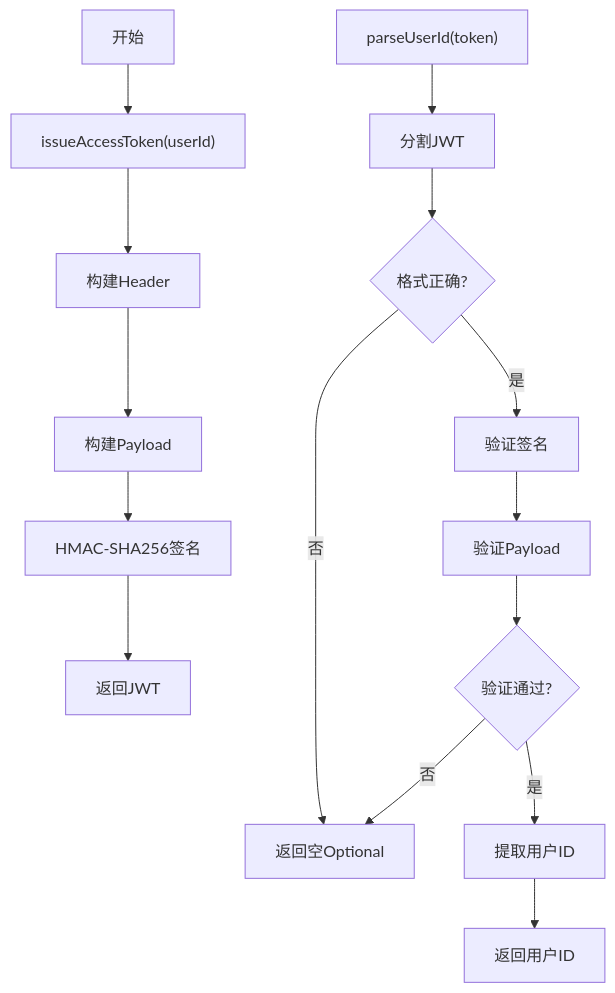
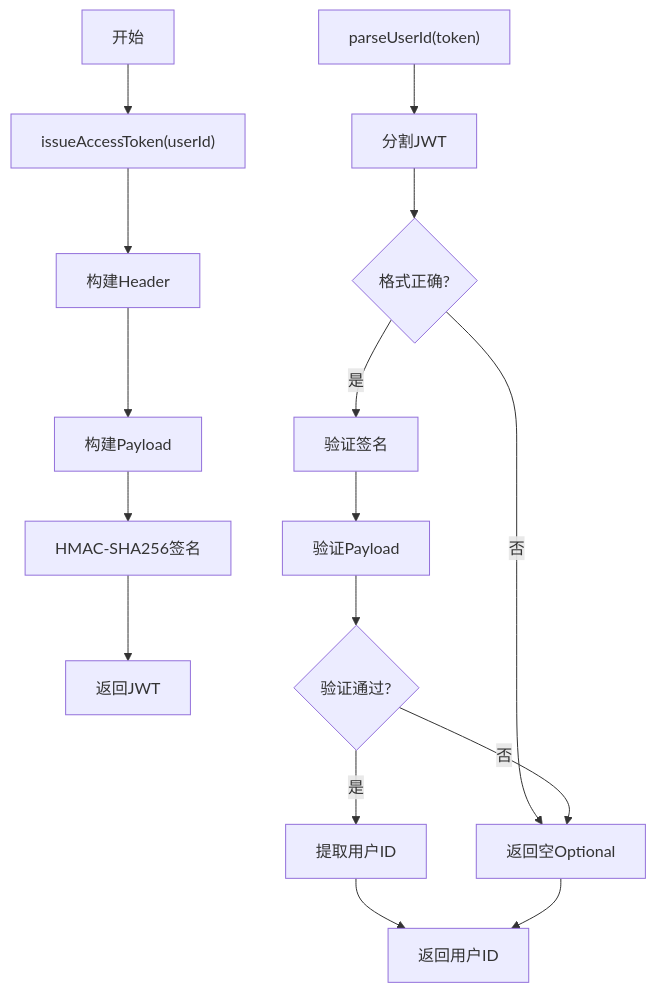
One commit to Jayden23018/blind-run-ios changed the ninth of 11 diagrams in .qoder/repowiki/zh/content/核心功能模块/认证系统.md. Above: the diagram before and after it, drawn with Mermaid. The commit also changed other lines of this file and 21 other files, not shown here.

````diff
--- a/.qoder/repowiki/zh/content/核心功能模块/认证系统.md
+++ b/.qoder/repowiki/zh/content/核心功能模块/认证系统.md
@@ -515,17 +518,18 @@
 ```mermaid
 flowchart TD
 Start["开始"] --> Issue["issueAccessToken(userId)"]
 Issue --> BuildHeader["构建Header"]
 BuildHeader --> BuildPayload["构建Payload"]
 BuildPayload --> Sign["HMAC-SHA256签名"]
 Sign --> Return["返回JWT"]
 ParseStart["parseUserId(token)"] --> Split["分割JWT"]
 Split --> CheckFormat{"格式正确?"}
 CheckFormat --> |否| Empty["返回空Optional"]
 CheckFormat --> |是| VerifySignature["验证签名"]
 VerifySignature --> VerifyPayload["验证Payload"]
 VerifyPayload --> Valid{"验证通过?"}
 Valid --> |是| Extract["提取用户ID"]
 Valid --> |否| Empty
 Extract --> ReturnId["返回用户ID"]
+Empty --> ReturnId
 ```
````
